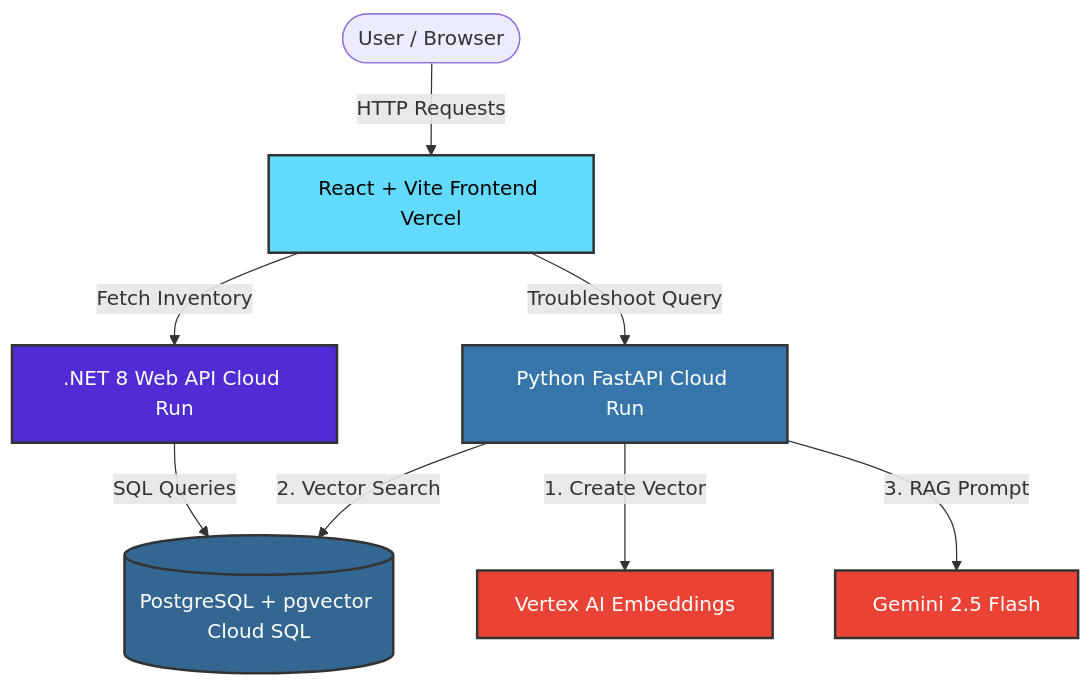
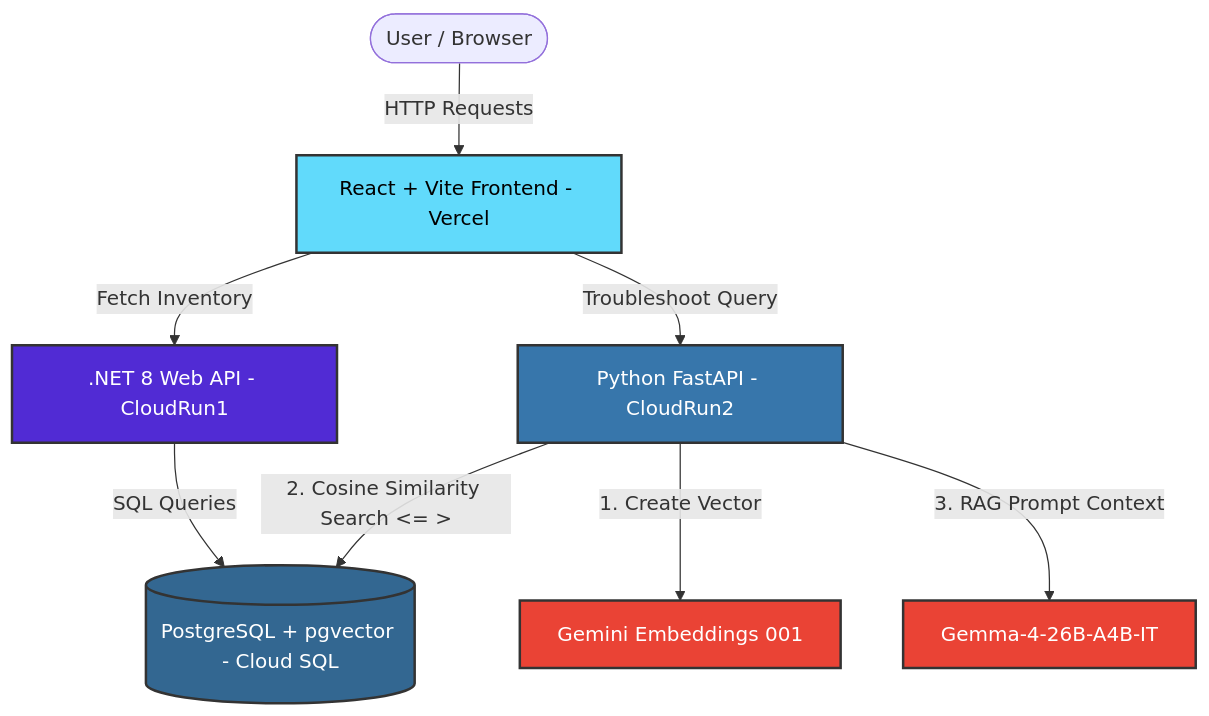
Before and after one commit to kheAI/yny-app: the diagram in README.md, drawn with Mermaid. The commit also changed other lines of this file, not shown here.

````diff
--- a/README.md
+++ b/README.md
@@ -24,25 +26,25 @@
 ```mermaid
 graph TD
-    User([User / Browser]) -->|HTTP Requests| UI[React + Vite Frontend Vercel]
+    User([User / Browser]) -->|HTTP Requests| UI[React + Vite Frontend - Vercel]
     
-    UI -->|Fetch Inventory| ERP[.NET 8 Web API Cloud Run]
-    UI -->|Troubleshoot Query| AI[Python FastAPI Cloud Run]
+    UI -->|Fetch Inventory| ERP[.NET 8 Web API - CloudRun1]
+    UI -->|Troubleshoot Query| AI[Python FastAPI - CloudRun2]
     
-    ERP -->|SQL Queries| DB[(PostgreSQL + pgvector Cloud SQL)]
+    ERP -->|SQL Queries| DB[(PostgreSQL + pgvector - Cloud SQL)]
     
-    AI -->|1. Create Vector| LLM1[Vertex AI Embeddings]
-    AI -->|2. Vector Search| DB
-    AI -->|3. RAG Prompt| LLM2[Gemini 2.5 Flash]
+    AI -->|1. Create Vector| LLM1[Gemini Embeddings 001]
+    AI -->|2. Cosine Similarity Search <= >| DB
+    AI -->|3. RAG Prompt Context| LLM2[Gemma-4-26B-A4B-IT]
     
     classDef frontend fill:#61dafb,stroke:#333,stroke-width:2px,color:black;
     classDef backend fill:#512bd4,stroke:#333,stroke-width:2px,color:white;
     classDef python fill:#3776ab,stroke:#333,stroke-width:2px,color:white;
     classDef db fill:#336791,stroke:#333,stroke-width:2px,color:white;
     classDef ai fill:#ea4335,stroke:#333,stroke-width:2px,color:white;
 
     class UI frontend;
     class ERP backend;
     class AI python;
     class DB db;
     class LLM1,LLM2 ai;
 ```
````
